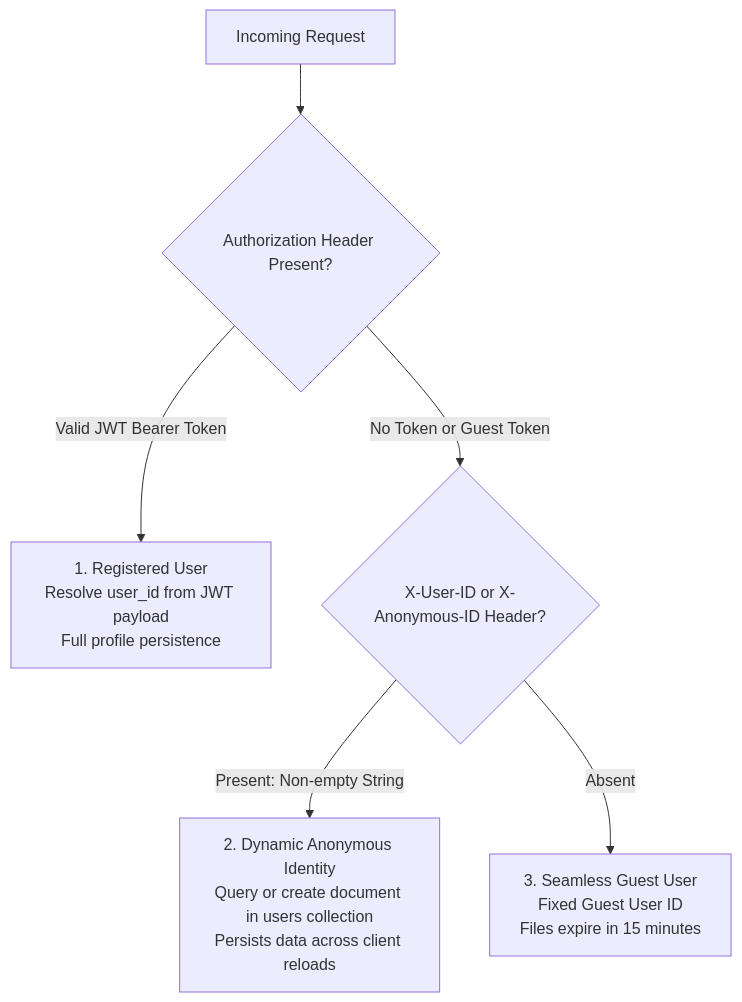
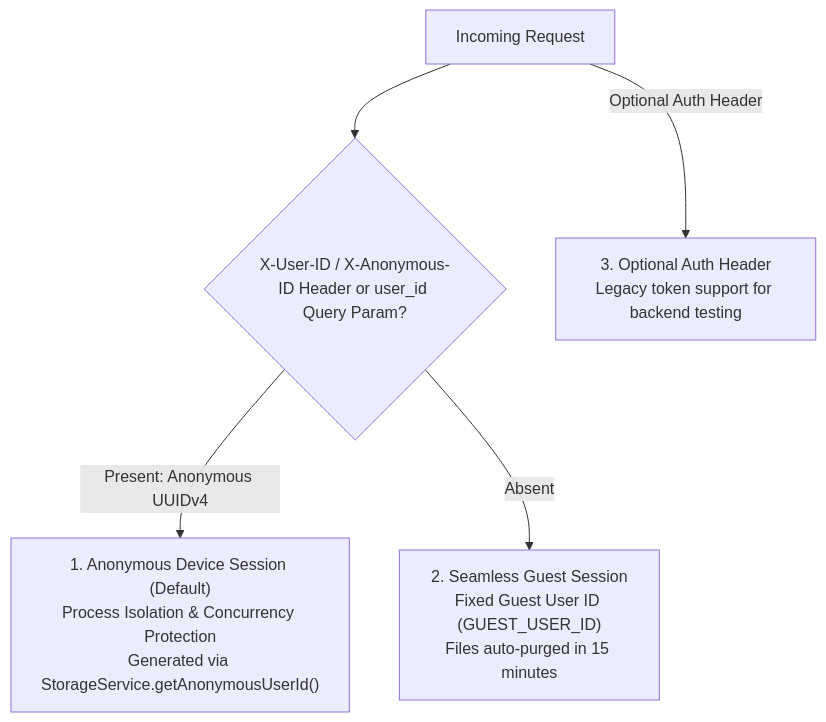
Before and after one commit to HARSHINIK096/PaperKit: the sixth of 6 diagrams in README.md, drawn with Mermaid. The commit also changed other lines of this file and 12 other files, not shown here.

````diff
--- a/README.md
+++ b/README.md
@@ -829,12 +903,10 @@
 ```mermaid
 flowchart TD
-    Req["Incoming Request"] --> CheckToken{"Authorization Header Present?"}
+    Req["Incoming Request"] --> CheckAnonHeader{"X-User-ID / X-Anonymous-ID Header or user_id Query Param?"}
     
-    CheckToken -->|Valid JWT Bearer Token| RegisteredUser["1. Registered User<br/>Resolve user_id from JWT payload<br/>Full profile persistence"]
+    CheckAnonHeader -->|Present: Anonymous UUIDv4| AnonUser["1. Anonymous Device Session (Default)<br/>Process Isolation & Concurrency Protection<br/>Generated via StorageService.getAnonymousUserId()"]
     
-    CheckToken -->|No Token or Guest Token| CheckAnonHeader{"X-User-ID or X-Anonymous-ID Header?"}
+    CheckAnonHeader -->|Absent| DefaultGuest["2. Seamless Guest Session<br/>Fixed Guest User ID (GUEST_USER_ID)<br/>Files auto-purged in 15 minutes"]
     
-    CheckAnonHeader -->|Present: Non-empty String| AnonUser["2. Dynamic Anonymous Identity<br/>Query or create document in users collection<br/>Persists data across client reloads"]
-    
-    CheckAnonHeader -->|Absent| DefaultGuest["3. Seamless Guest User<br/>Fixed Guest User ID<br/>Files expire in 15 minutes"]
+    Req -->|Optional Auth Header| RegisteredUser["3. Optional Auth Header<br/>Legacy token support for backend testing"]
 ```
````
